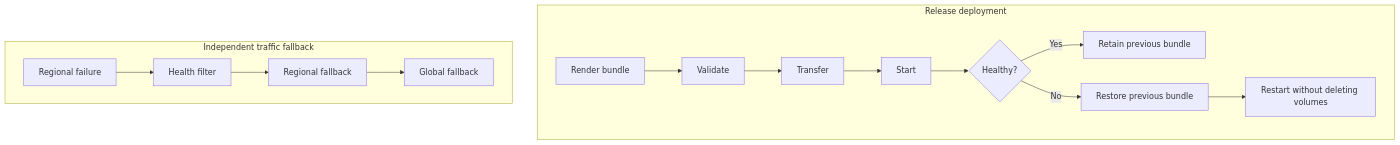
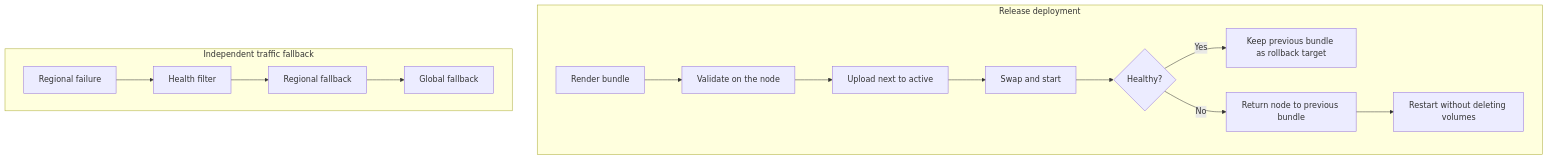
Before and after one commit to vaheed/CDNFoundry: the seventh of 7 diagrams in docs/deployment/production-fleet.md, drawn with Mermaid. The commit also changed other lines of this file and 11 other files, not shown here.

````diff
--- a/docs/deployment/production-fleet.md
+++ b/docs/deployment/production-fleet.md
@@ -176,11 +177,11 @@
 ```mermaid
 flowchart TD
     subgraph Deploy["Release deployment"]
-      R["Render bundle"] --> V["Validate"] --> T["Transfer"] --> P["Start"] --> H{"Healthy?"}
-      H -->|Yes| K["Retain previous bundle"]
-      H -->|No| B["Restore previous bundle"] --> S["Restart without deleting volumes"]
+      R["Render bundle"] --> V["Validate on the node"] --> T["Upload next to active"] --> P["Swap and start"] --> H{"Healthy?"}
+      H -->|Yes| K["Keep previous bundle as rollback target"]
+      H -->|No| B["Return node to previous bundle"] --> S["Restart without deleting volumes"]
     end
     subgraph Traffic["Independent traffic fallback"]
       RF["Regional failure"] --> HF["Health filter"] --> RR["Regional fallback"] --> GF["Global fallback"]
     end
 ```
````
